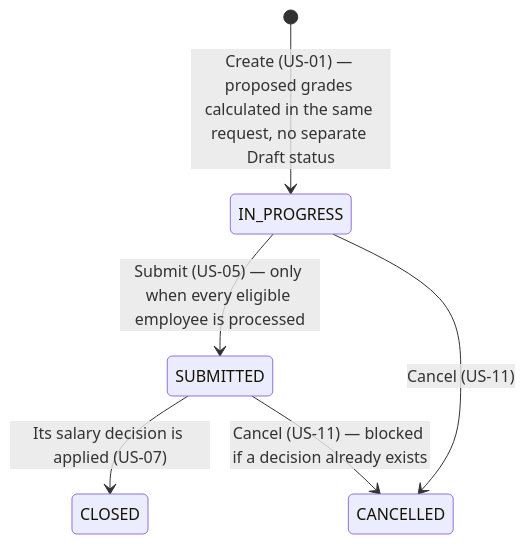
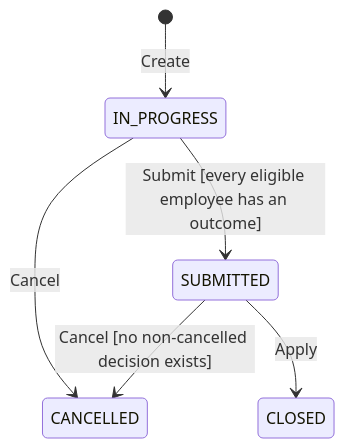
The first of 5 diagrams in Docs/DetailedDesign/StateDiagrams.md (sang2197/QuanLyNhanSu-NguyenVanSang), drawn with Mermaid before and after one commit. The commit also changed other lines of this file and 30 other files, not shown here.

````diff
--- a/Docs/DetailedDesign/StateDiagrams.md
+++ b/Docs/DetailedDesign/StateDiagrams.md
@@ -7,8 +9,8 @@
 ```mermaid
 stateDiagram-v2
-    [*] --> IN_PROGRESS : Create (US-01) — proposed grades calculated in the same request, no separate Draft status
-    IN_PROGRESS --> SUBMITTED : Submit (US-05) — only when every eligible employee is processed
-    SUBMITTED --> CLOSED : Its salary decision is applied (US-07)
-    IN_PROGRESS --> CANCELLED : Cancel (US-11)
-    SUBMITTED --> CANCELLED : Cancel (US-11) — blocked if a decision already exists
+    [*] --> IN_PROGRESS : Create
+    IN_PROGRESS --> SUBMITTED : Submit [every eligible employee has an outcome]
+    IN_PROGRESS --> CANCELLED : Cancel
+    SUBMITTED --> CANCELLED : Cancel [no non-cancelled decision exists]
+    SUBMITTED --> CLOSED : Apply
 ```
````
